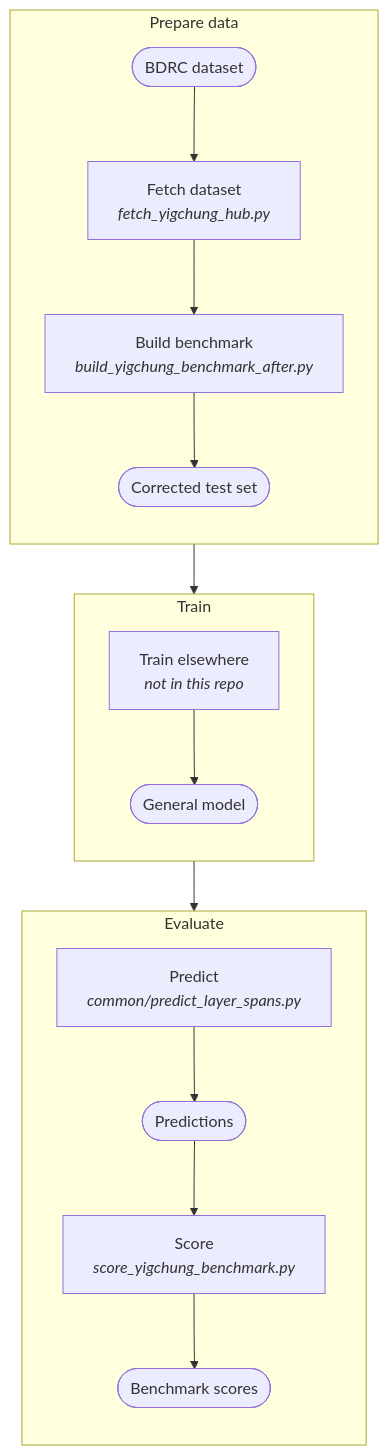
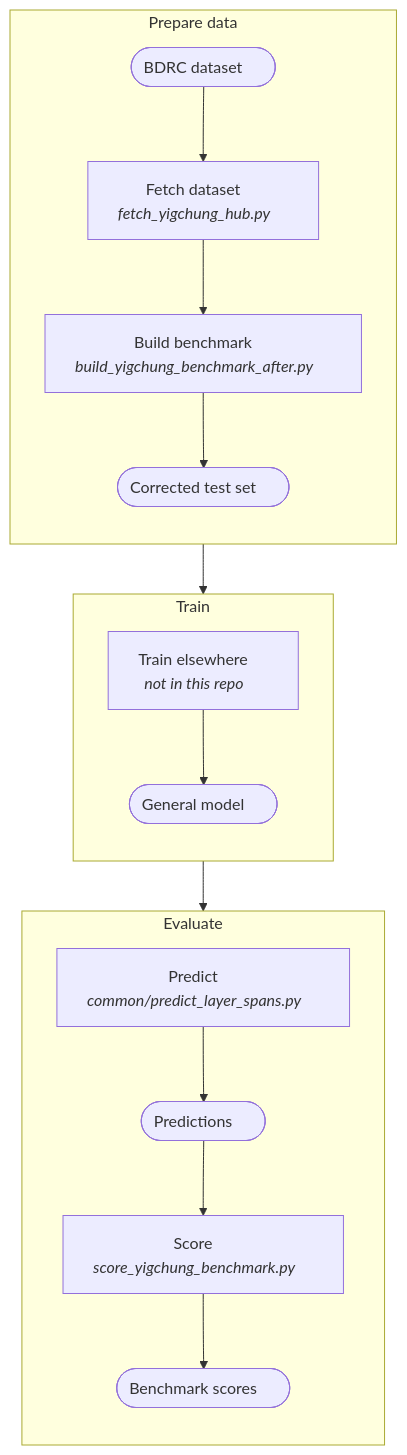
One commit to tenzinyonten/tibetan-layer-detection changed the first of 2 diagrams in yigchung/README.md. Above: the diagram before and after it, drawn with Mermaid. The commit also changed other lines of this file and 8 other files, not shown here.

Commit message:
Add padding to flowchart labels so GitHub does not clip them

````diff
--- a/yigchung/README.md
+++ b/yigchung/README.md
@@ -40,21 +40,21 @@
 ```mermaid
 flowchart TD
-  subgraph PREP["Prepare data"]
+  subgraph PREP["Prepare data&nbsp;&nbsp;&nbsp;&nbsp;&nbsp;"]
     direction TB
-    F1(["BDRC dataset"]) --> S1["Fetch dataset<br/><i>fetch_yigchung_hub.py</i>"]
-    S1 --> S2["Build benchmark<br/><i>build_yigchung_benchmark_after.py</i>"]
-    S2 --> F2(["Corrected test set"])
+    F1(["BDRC dataset&nbsp;&nbsp;&nbsp;&nbsp;&nbsp;"]) --> S1["Fetch dataset&nbsp;&nbsp;&nbsp;&nbsp;&nbsp;<br/><i>fetch_yigchung_hub.py&nbsp;&nbsp;&nbsp;&nbsp;&nbsp;</i>"]
+    S1 --> S2["Build benchmark&nbsp;&nbsp;&nbsp;&nbsp;&nbsp;<br/><i>build_yigchung_benchmark_after.py&nbsp;&nbsp;&nbsp;&nbsp;&nbsp;</i>"]
+    S2 --> F2(["Corrected test set&nbsp;&nbsp;&nbsp;&nbsp;&nbsp;"])
   end
-  subgraph TRAIN["Train"]
+  subgraph TRAIN["Train&nbsp;&nbsp;&nbsp;&nbsp;&nbsp;"]
     direction TB
-    T1["Train elsewhere<br/><i>not in this repo</i>"] --> F3(["General model"])
+    T1["Train elsewhere&nbsp;&nbsp;&nbsp;&nbsp;&nbsp;<br/><i>not in this repo&nbsp;&nbsp;&nbsp;&nbsp;&nbsp;</i>"] --> F3(["General model&nbsp;&nbsp;&nbsp;&nbsp;&nbsp;"])
   end
-  subgraph EVAL["Evaluate"]
+  subgraph EVAL["Evaluate&nbsp;&nbsp;&nbsp;&nbsp;&nbsp;"]
     direction TB
-    E1["Predict<br/><i>common/predict_layer_spans.py</i>"] --> F4(["Predictions"])
-    F4 --> E2["Score<br/><i>score_yigchung_benchmark.py</i>"]
-    E2 --> F5(["Benchmark scores"])
+    E1["Predict&nbsp;&nbsp;&nbsp;&nbsp;&nbsp;<br/><i>common/predict_layer_spans.py&nbsp;&nbsp;&nbsp;&nbsp;&nbsp;</i>"] --> F4(["Predictions&nbsp;&nbsp;&nbsp;&nbsp;&nbsp;"])
+    F4 --> E2["Score&nbsp;&nbsp;&nbsp;&nbsp;&nbsp;<br/><i>score_yigchung_benchmark.py&nbsp;&nbsp;&nbsp;&nbsp;&nbsp;</i>"]
+    E2 --> F5(["Benchmark scores&nbsp;&nbsp;&nbsp;&nbsp;&nbsp;"])
   end
   PREP --> TRAIN
   TRAIN --> EVAL
 ```
````
